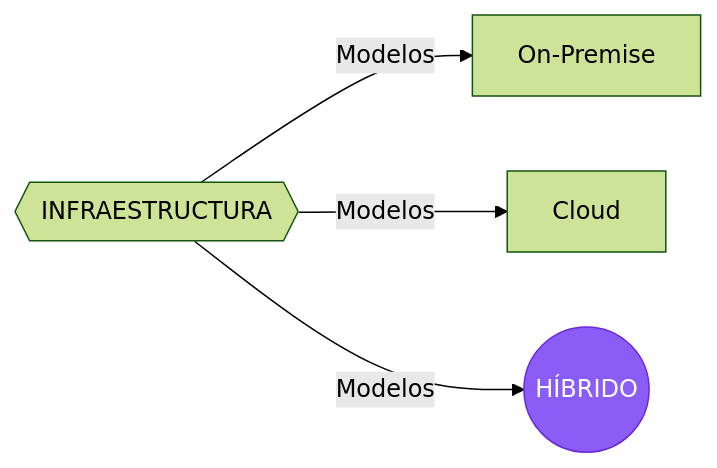
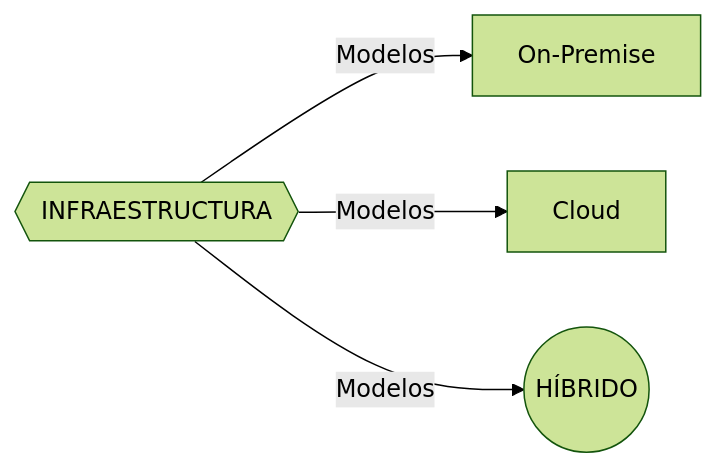
Before and after one commit to rraulherediaa/PracticasEstructurasDatos: the second of 12 diagrams in README.md, drawn with Mermaid (forest theme). The commit also changed other lines of this file and 1 other file, not shown here.

Commit message:
fix: simplificar diagramas Mermaid al máximo para asegurar compatibilidad total

````diff
--- a/README.md
+++ b/README.md
@@ -36,7 +33,4 @@
 ```mermaid
 flowchart LR
     Main{{"INFRAESTRUCTURA"}} -->|Modelos| OP["On-Premise"] & CL["Cloud"] & HYB(("HÍBRIDO"))
-
-    classDef hybrid fill:#8b5cf6,color:#fff,stroke:#6d28d9
-    class HYB hybrid
 ```
````
